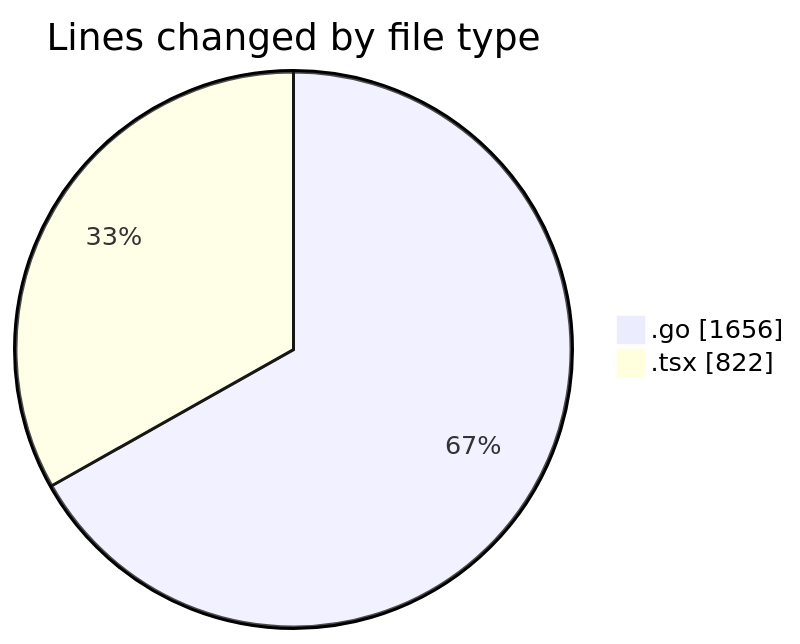
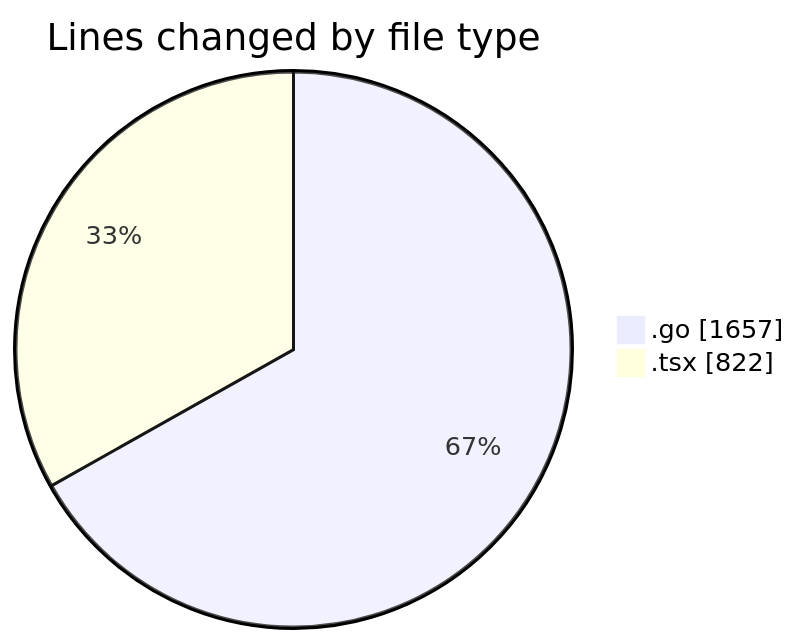
One commit to robertbonfada/code-tracking changed the first of 2 diagrams in 2025-03-10/termonied_testador/README.md. Above: the diagram before and after it, drawn with Mermaid. The commit also changed other lines of this file and 1 other file, not shown here.

````diff
--- a/2025-03-10/termonied_testador/README.md
+++ b/2025-03-10/termonied_testador/README.md
@@ -28,6 +28,6 @@
 ```mermaid
 pie showData
 title Lines changed by file type
-".go" : 1656
+".go" : 1657
 ".tsx" : 822
 ```
````
